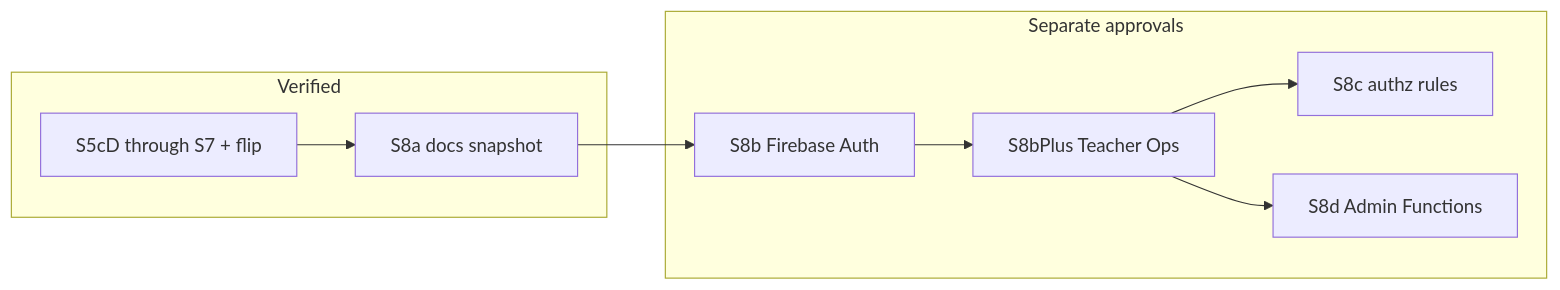
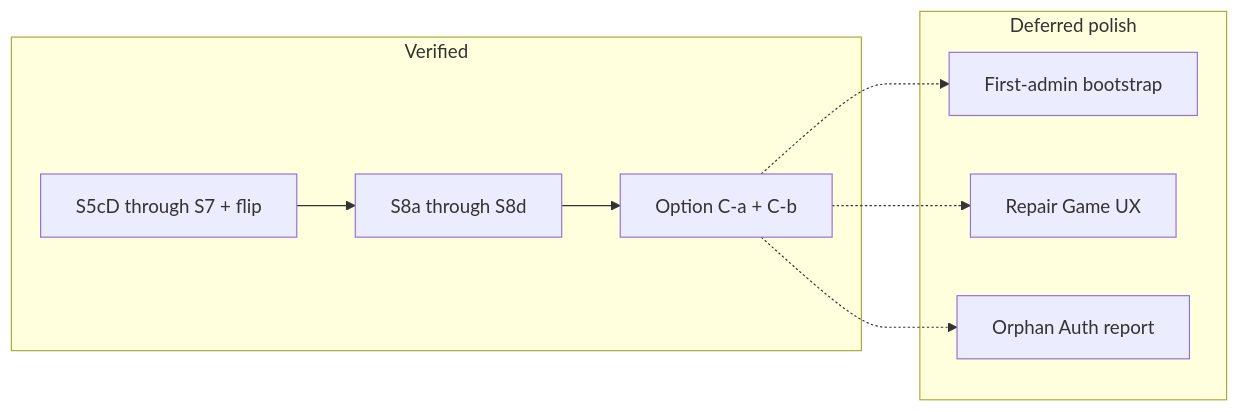
The diagram in docs/DATABASE_SCOPING_ROADMAP.md (Silentra/Quantum-collectors), drawn with Mermaid before and after one commit. The commit also changed other lines of this file and 3 other files, not shown here.

````diff
--- a/docs/DATABASE_SCOPING_ROADMAP.md
+++ b/docs/DATABASE_SCOPING_ROADMAP.md
@@ -76,15 +78,17 @@
 ```mermaid
 flowchart LR
   subgraph done [Verified]
     S5to7[S5cD through S7 + flip]
-    S8a[S8a docs snapshot]
+    S8all[S8a through S8d]
+    OptionC[Option C-a + C-b]
   end
-  subgraph next [Separate approvals]
-    S8b[S8b Firebase Auth]
-    S8bPlus[S8bPlus Teacher Ops]
-    S8c[S8c authz rules]
-    S8d[S8d Admin Functions]
+  subgraph deferred [Deferred polish]
+    Dist[First-admin bootstrap]
+    Repair[Repair Game UX]
+    Orphan[Orphan Auth report]
   end
-  S5to7 --> S8a --> S8b --> S8bPlus --> S8c
-  S8bPlus --> S8d
+  S5to7 --> S8all --> OptionC
+  OptionC -.-> Dist
+  OptionC -.-> Repair
+  OptionC -.-> Orphan
 ```
````
